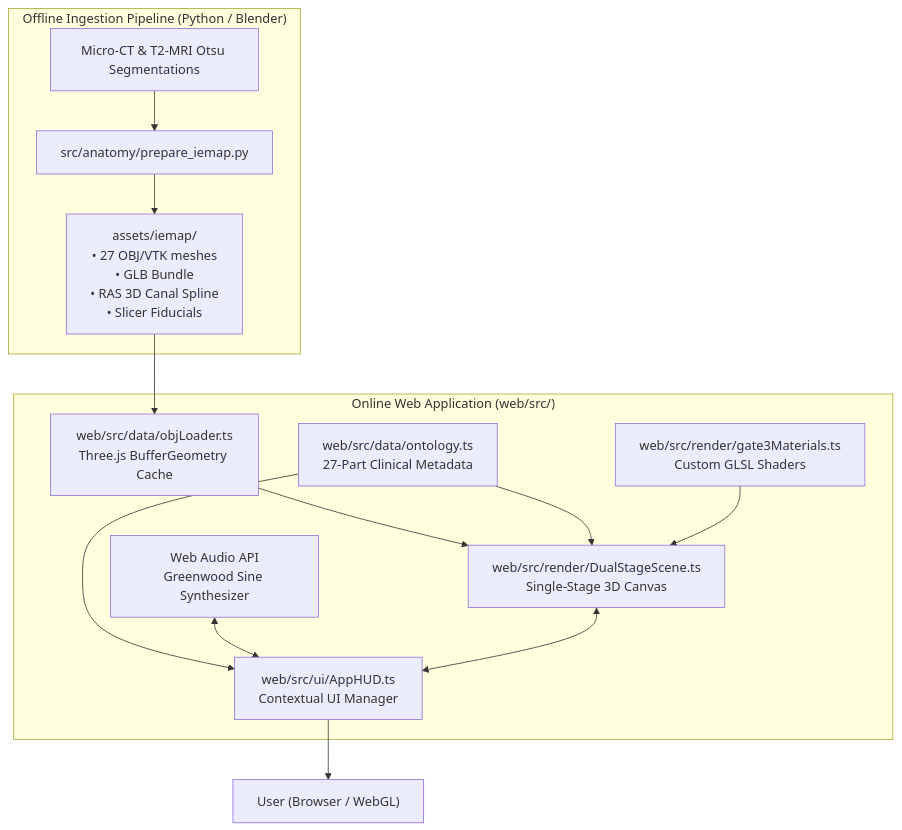
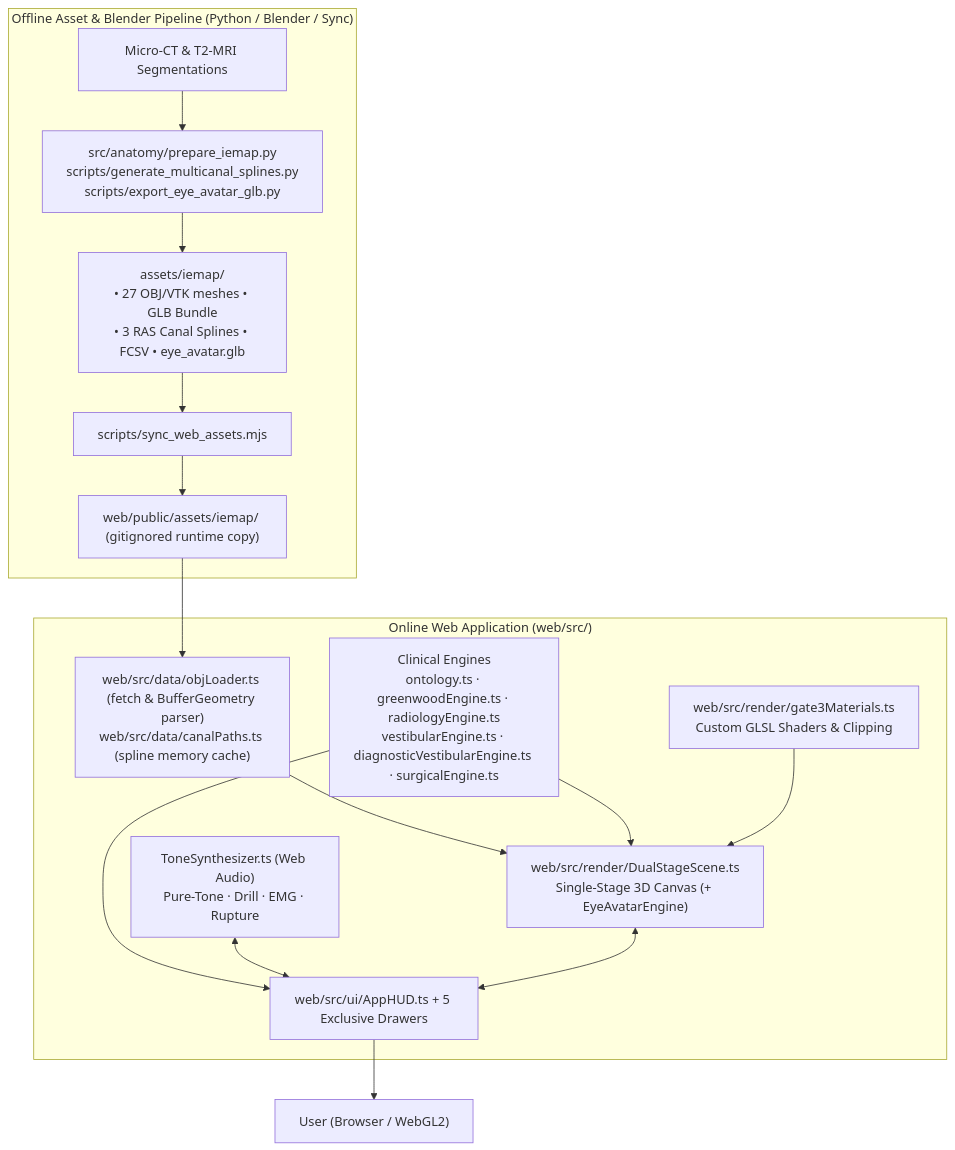
The first of 2 diagrams in ARCHITECTURE.md (UMCai/inner-ear-3d-lab), drawn with Mermaid before and after one commit. The commit also changed other lines of this file and 123 other files, not shown here.

````diff
--- a/ARCHITECTURE.md
+++ b/ARCHITECTURE.md
@@ -15,22 +15,24 @@
 ```mermaid
 graph TD
-    subgraph Offline ["Offline Ingestion Pipeline (Python / Blender)"]
-        CT["Micro-CT & T2-MRI Otsu Segmentations"] --> PREP["src/anatomy/prepare_iemap.py"]
-        PREP --> ASSETS["assets/iemap/<br/>• 27 OBJ/VTK meshes<br/>• GLB Bundle<br/>• RAS 3D Canal Spline<br/>• Slicer Fiducials"]
+    subgraph Offline ["Offline Asset & Blender Pipeline (Python / Blender / Sync)"]
+        CT["Micro-CT & T2-MRI Segmentations"] --> PREP["src/anatomy/prepare_iemap.py<br/>scripts/generate_multicanal_splines.py<br/>scripts/export_eye_avatar_glb.py"]
+        PREP --> ASSETS["assets/iemap/<br/>• 27 OBJ/VTK meshes • GLB Bundle<br/>• 3 RAS Canal Splines • FCSV • eye_avatar.glb"]
+        ASSETS --> SYNC["scripts/sync_web_assets.mjs"]
+        SYNC --> PUB["web/public/assets/iemap/ (gitignored runtime copy)"]
     end
 
     subgraph Runtime ["Online Web Application (web/src/)"]
-        ASSETS --> LOADER["web/src/data/objLoader.ts<br/>Three.js BufferGeometry Cache"]
-        LOADER --> SCENE["web/src/render/DualStageScene.ts<br/>Single-Stage 3D Canvas"]
+        PUB --> LOADER["web/src/data/objLoader.ts (fetch & BufferGeometry parser)<br/>web/src/data/canalPaths.ts (spline memory cache)"]
+        LOADER --> SCENE["web/src/render/DualStageScene.ts<br/>Single-Stage 3D Canvas (+ EyeAvatarEngine)"]
         
-        ONTO["web/src/data/ontology.ts<br/>27-Part Clinical Metadata"] --> SCENE
-        ONTO --> HUD["web/src/ui/AppHUD.ts<br/>Contextual UI Manager"]
+        ENGINES["Clinical Engines<br/>ontology.ts · greenwoodEngine.ts · radiologyEngine.ts<br/>vestibularEngine.ts · diagnosticVestibularEngine.ts · surgicalEngine.ts"] --> SCENE
+        ENGINES --> HUD["web/src/ui/AppHUD.ts + 5 Exclusive Drawers"]
         
-        SHADER["web/src/render/gate3Materials.ts<br/>Custom GLSL Shaders"] --> SCENE
+        SHADER["web/src/render/gate3Materials.ts<br/>Custom GLSL Shaders & Clipping"] --> SCENE
         
-        AUDIO["Web Audio API<br/>Greenwood Sine Synthesizer"] <--> HUD
+        AUDIO["ToneSynthesizer.ts (Web Audio)<br/>Pure-Tone · Drill · EMG · Rupture"] <--> HUD
         SCENE <--> HUD
     end
 
-    HUD --> USER["User (Browser / WebGL)"]
+    HUD --> USER["User (Browser / WebGL2)"]
 ```
````
